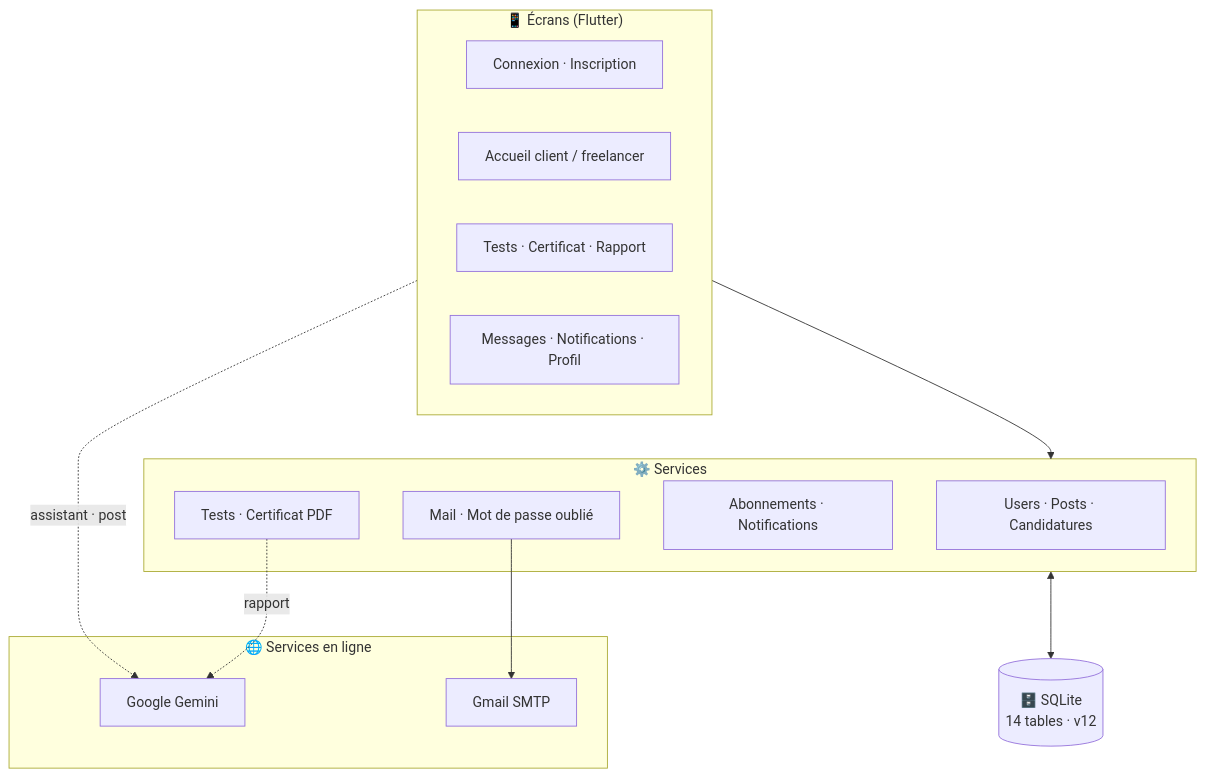
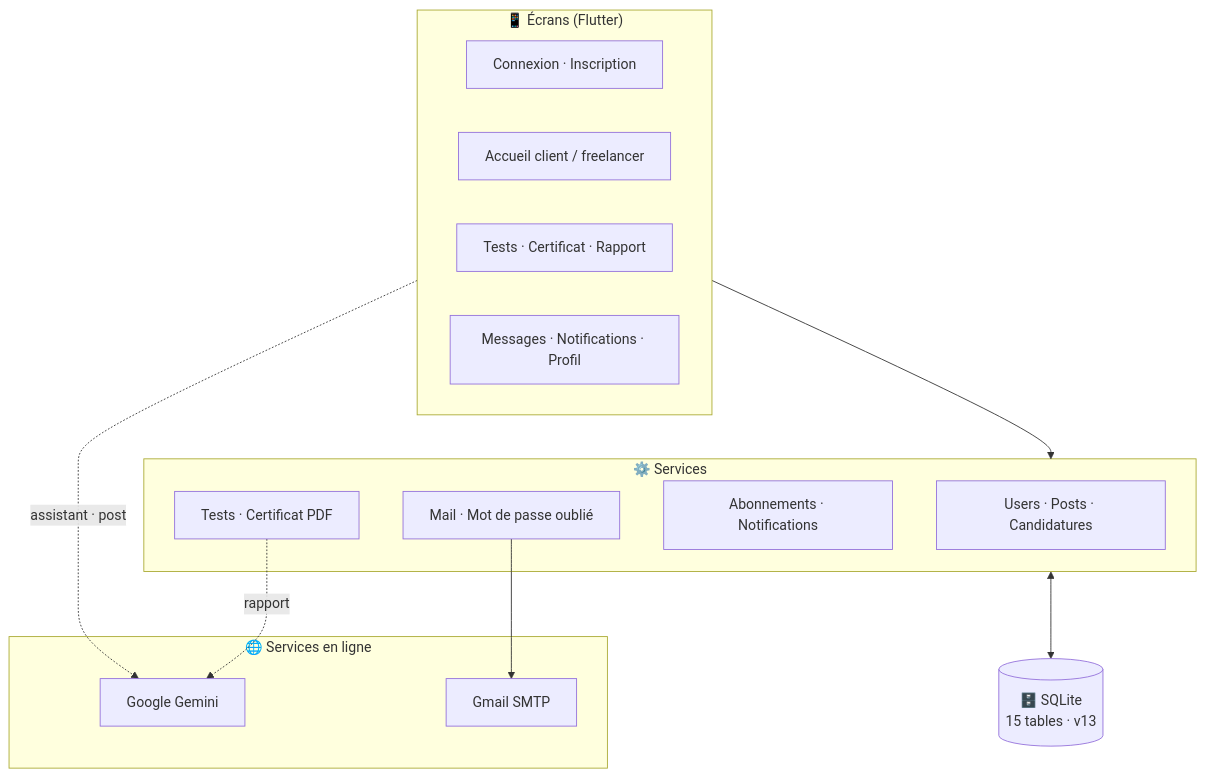
Before and after one commit to BrahimGarram/Freelancify-mobile-2026-2027: the second of 4 diagrams in README.md, drawn with Mermaid. The commit also changed other lines of this file and 8 other files, not shown here.

````diff
--- a/README.md
+++ b/README.md
@@ -166,24 +167,24 @@
 ```mermaid
 flowchart TB
     subgraph UI["📱 Écrans (Flutter)"]
         S1[Connexion · Inscription]
         S2[Accueil client / freelancer]
         S3[Tests · Certificat · Rapport]
         S4[Messages · Notifications · Profil]
     end
     subgraph SRV["⚙️ Services"]
         SV1[Users · Posts · Candidatures]
         SV2[Tests · Certificat PDF]
         SV3[Abonnements · Notifications]
         SV4[Mail · Mot de passe oublié]
     end
     subgraph EXT["🌐 Services en ligne"]
         G[Google Gemini]
         M[Gmail SMTP]
     end
     UI --> SRV
-    SRV <--> DB[(🗄️ SQLite<br/>14 tables · v12)]
+    SRV <--> DB[(🗄️ SQLite<br/>15 tables · v13)]
     SV2 -. rapport .-> G
     UI -. assistant · post .-> G
     SV4 --> M
 ```
````
